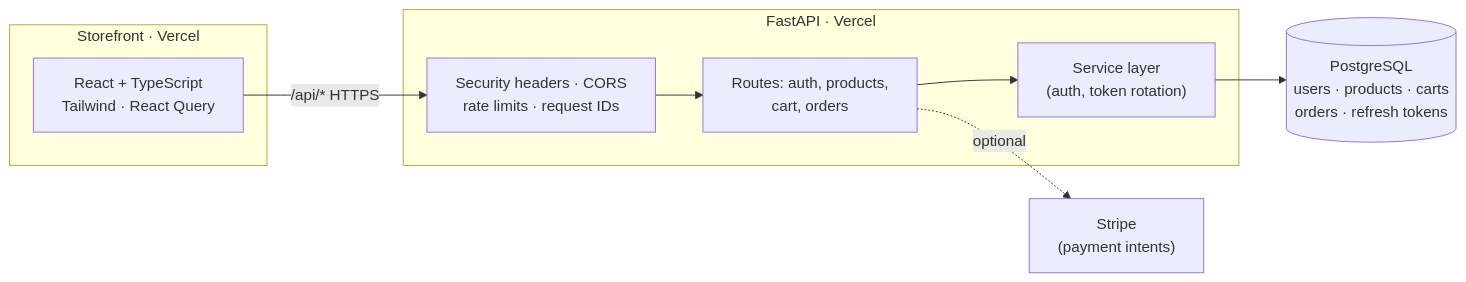
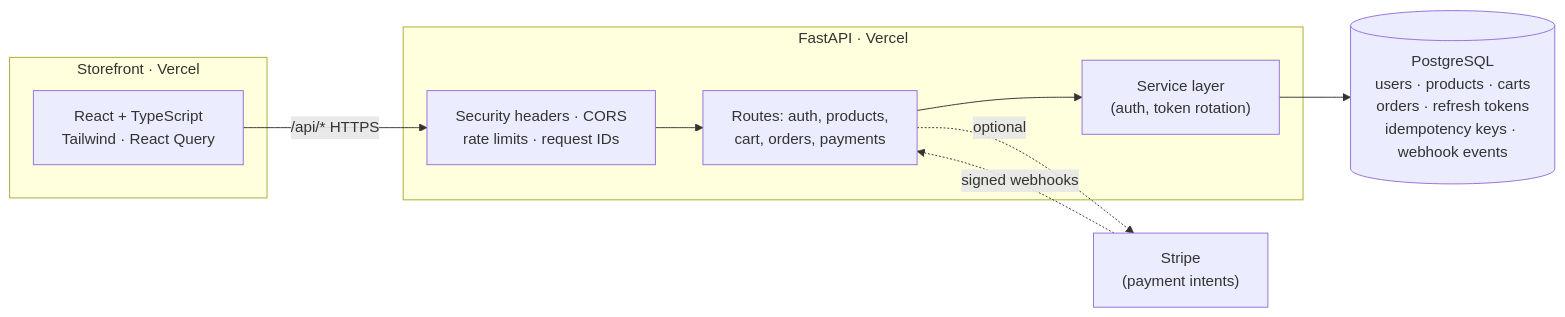
The diagram in README.md (FarnazNK/secureshop-ecommerce), drawn with Mermaid before and after one commit. The commit also changed other lines of this file, not shown here.

Commit message:
README: document idempotent checkout and the Stripe webhook

````diff
--- a/README.md
+++ b/README.md
@@ -60,18 +60,19 @@
 ```mermaid
 flowchart LR
     subgraph FE["Storefront · Vercel"]
         UI["React + TypeScript<br/>Tailwind · React Query"]
     end
 
     subgraph BE["FastAPI · Vercel"]
         MW["Security headers · CORS<br/>rate limits · request IDs"]
-        Routes["Routes: auth, products,<br/>cart, orders"]
+        Routes["Routes: auth, products,<br/>cart, orders, payments"]
         Services["Service layer<br/>(auth, token rotation)"]
     end
 
-    DB[("PostgreSQL<br/>users · products · carts<br/>orders · refresh tokens")]
+    DB[("PostgreSQL<br/>users · products · carts<br/>orders · refresh tokens<br/>idempotency keys · webhook events")]
     Stripe["Stripe<br/>(payment intents)"]
 
     UI -->|"/api/* HTTPS"| MW --> Routes --> Services --> DB
     Routes -.->|optional| Stripe
+    Stripe -.->|signed webhooks| Routes
 ```
````
